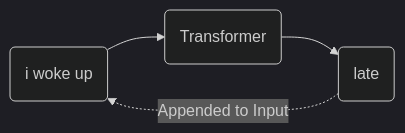
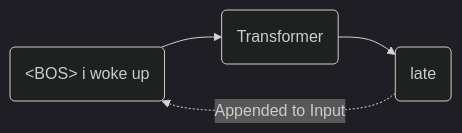
Before and after one commit to Lyd1aCla1r3/lyd1acla1r3.github.io: the first of 2 diagrams in blog/content/series/transformers/preface.md, drawn with Mermaid (dark theme). The commit also changed other lines of this file and 243 other files, not shown here.

````diff
--- a/blog/content/series/transformers/preface.md
+++ b/blog/content/series/transformers/preface.md
@@ -65,6 +67,6 @@
 ```mermaid
 graph LR
-    A("<BOS> i woke up") --> B("Transformer")
+    A("&lt;BOS&gt; i woke up") --> B("Transformer")
     B --> C("late")
     C -. Appended to Input .-> A
 ```
````
